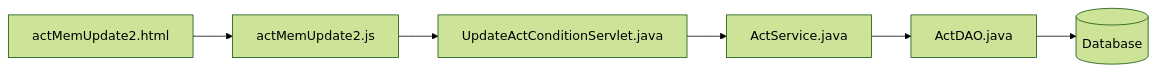
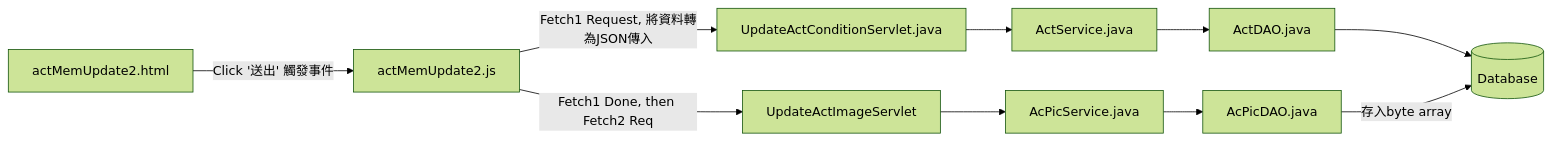
The eighth of 16 diagrams in README.md (TLexYuW/CGA103G1OwnPart), drawn with Mermaid (forest theme) before and after one commit.

Commit message:
LexVaultBackup: 2022-09-11 23:43:53
Affected files:
README.md

````diff
--- a/README.md
+++ b/README.md
@@ -107,5 +107,8 @@
 ```mermaid
 flowchart LR
-	aMU2html[actMemUpdate2.html] --> aMU2js[actMemUpdate2.js] --> UACS[UpdateActConditionServlet.java]
+	aMU2html[actMemUpdate2.html] -->|Click '送出' 觸發事件| aMU2js[actMemUpdate2.js] 
+	-->|Fetch1 Request, 將資料轉為JSON傳入| UACS[UpdateActConditionServlet.java]
 	--> AS[ActService.java] --> AD[ActDAO.java] --> DB[(Database)]
+	aMU2js -->|Fetch1 Done, then Fetch2 Req| UAIS[UpdateActImageServlet]
+	--> APS[AcPicService.java] --> APD[AcPicDAO.java] -->|存入byte array| DB[(Database)]
 ```
````
